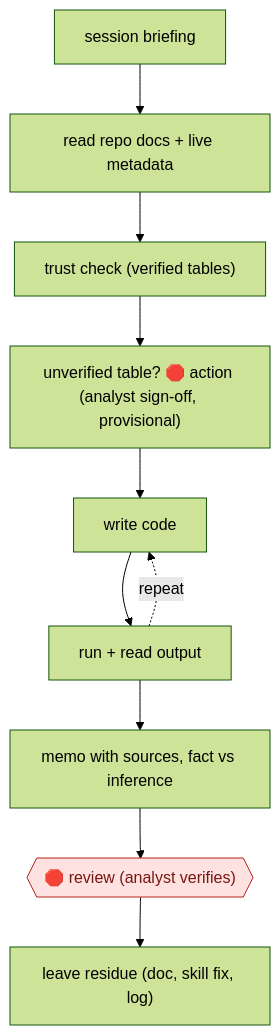
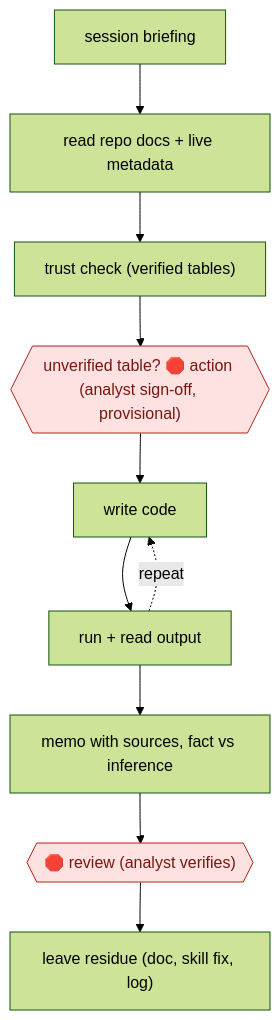
Before and after one commit to milesradford99/agent-workflow-atlas: the diagram in workflows/TEC/DAT/DS/repo-grounded-analysis/README.md, drawn with Mermaid (forest theme). The commit also changed 171 other files, not shown here.

````diff
--- a/workflows/TEC/DAT/DS/repo-grounded-analysis/README.md
+++ b/workflows/TEC/DAT/DS/repo-grounded-analysis/README.md
@@ -31,22 +31,22 @@
 ```mermaid
 flowchart TD
   n1["session briefing"]
   n2["read repo docs + live metadata"]
+  n3["trust check (verified tables)"]
+  n4{{"unverified table? 🛑 action (analyst sign-off, provisional)"}}:::stop
+  n5["write code"]
+  n6["run + read output"]
+  n7["memo with sources, fact vs inference"]
+  n8{{"🛑 review (analyst verifies)"}}:::stop
+  n9["leave residue (doc, skill fix, log)"]
   n1 --> n2
-  n3["trust check (verified tables)"]
   n2 --> n3
-  n4["unverified table? 🛑 action (analyst sign-off, provisional)"]
   n3 --> n4
-  n5["write code"]
   n4 --> n5
-  n6["run + read output"]
   n5 --> n6
   n6 -.->|repeat| n5
-  n7["memo with sources, fact vs inference"]
   n6 --> n7
-  n8{{"🛑 review (analyst verifies)"}}:::stop
   n7 --> n8
-  n9["leave residue (doc, skill fix, log)"]
   n8 --> n9
   classDef stop fill:#fde2e1,stroke:#b42318,color:#7a1610
 ```
````
